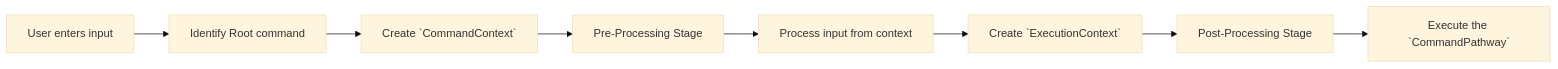
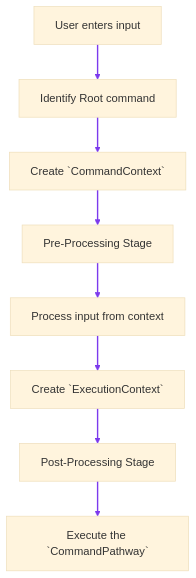
One commit to MeveraStudios/Website changed the diagram in docs/Imperat/Execution-Pipeline/Execution Flow.mdx. Above: the diagram before and after it, drawn with Mermaid (base theme). The commit also changed 2 other files, not shown here.

Commit message:
feat: enhance Mermaid diagram rendering with responsive container

````diff
--- a/docs/Imperat/Execution-Pipeline/Execution Flow.mdx
+++ b/docs/Imperat/Execution-Pipeline/Execution Flow.mdx
@@ -12,10 +12,11 @@
 ```mermaid
-flowchart LR
+flowchart TD
 	A[User enters input] --> B[Identify Root command]
 	B --> C[Create `CommandContext`]
 	C --> D[Pre-Processing Stage]
 	D --> E[Process input from context]
 	E --> F[Create `ExecutionContext`]
 	F --> G[Post-Processing Stage]
 	G --> H[Execute the `CommandPathway`]
+	linkStyle default stroke:#7c3aed,stroke-width:2px
 ```
````
